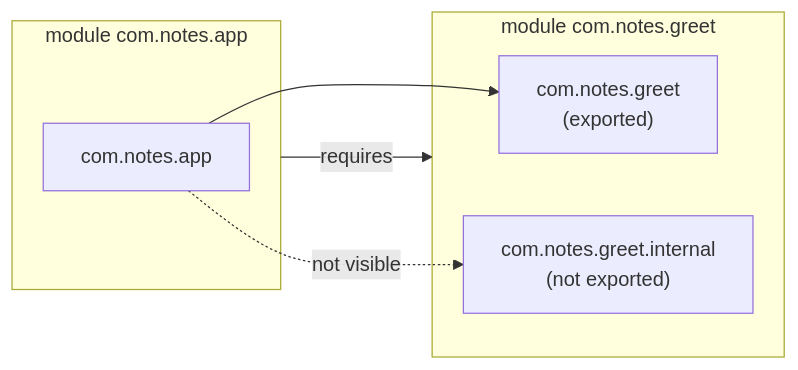
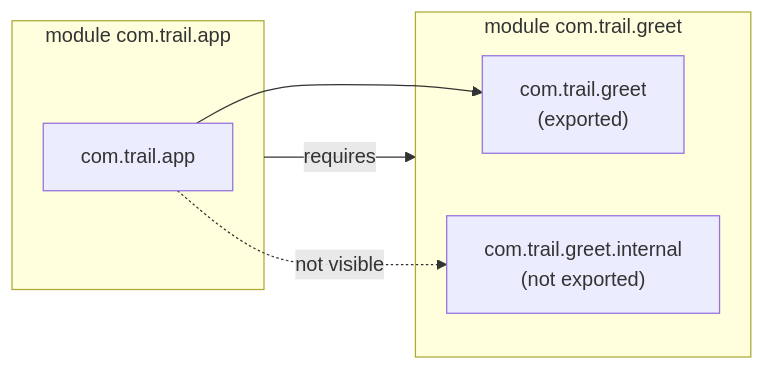
One commit to kshittiz/hike-from-java-7 changed the diagram in book/part3/ch09-packages-access-modules.md. Above: the diagram before and after it, drawn with Mermaid. The commit also changed other lines of this file and 36 other files, not shown here.

First line of the commit message:
Replace vague 'courses'/'notes' wording; rename com.notes example packages to com.trail

````diff
--- a/book/part3/ch09-packages-access-modules.md
+++ b/book/part3/ch09-packages-access-modules.md
@@ -124,13 +124,13 @@
 ```mermaid
 flowchart LR
-    subgraph APP["module com.notes.app"]
-        A["com.notes.app"]
+    subgraph APP["module com.trail.app"]
+        A["com.trail.app"]
     end
-    subgraph GREET["module com.notes.greet"]
-        G["com.notes.greet<br/>(exported)"]
-        I["com.notes.greet.internal<br/>(not exported)"]
+    subgraph GREET["module com.trail.greet"]
+        G["com.trail.greet<br/>(exported)"]
+        I["com.trail.greet.internal<br/>(not exported)"]
     end
     APP -- "requires" --> GREET
     A --> G
     A -. "not visible" .-> I
 ```
````
